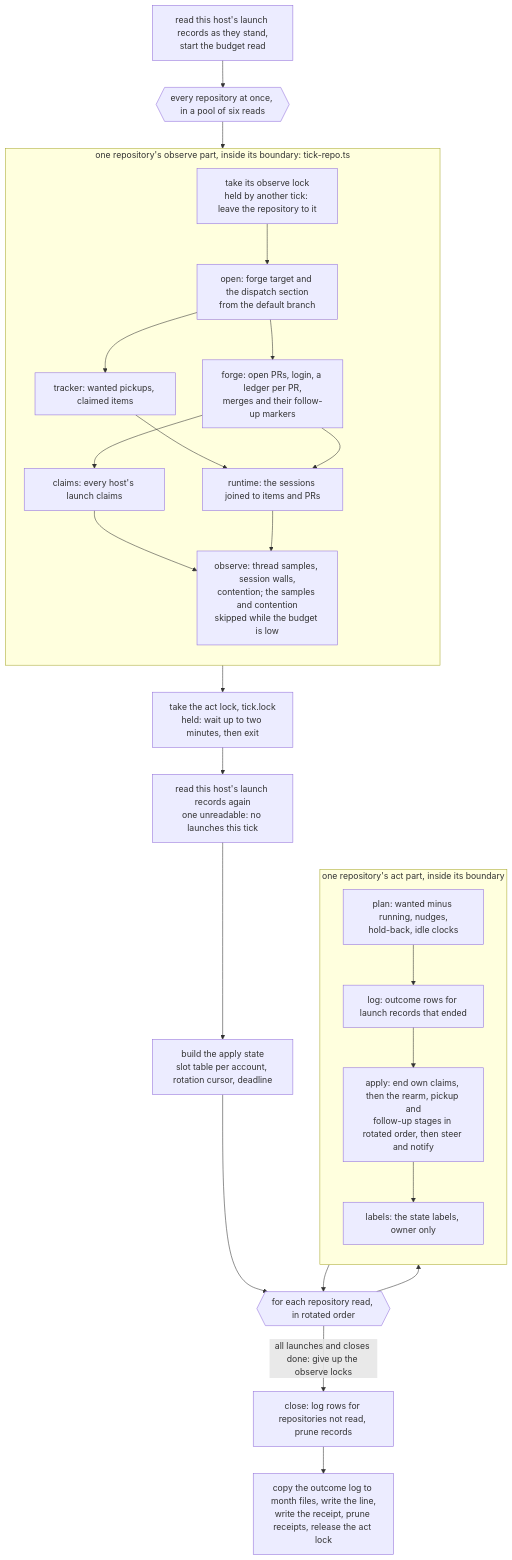
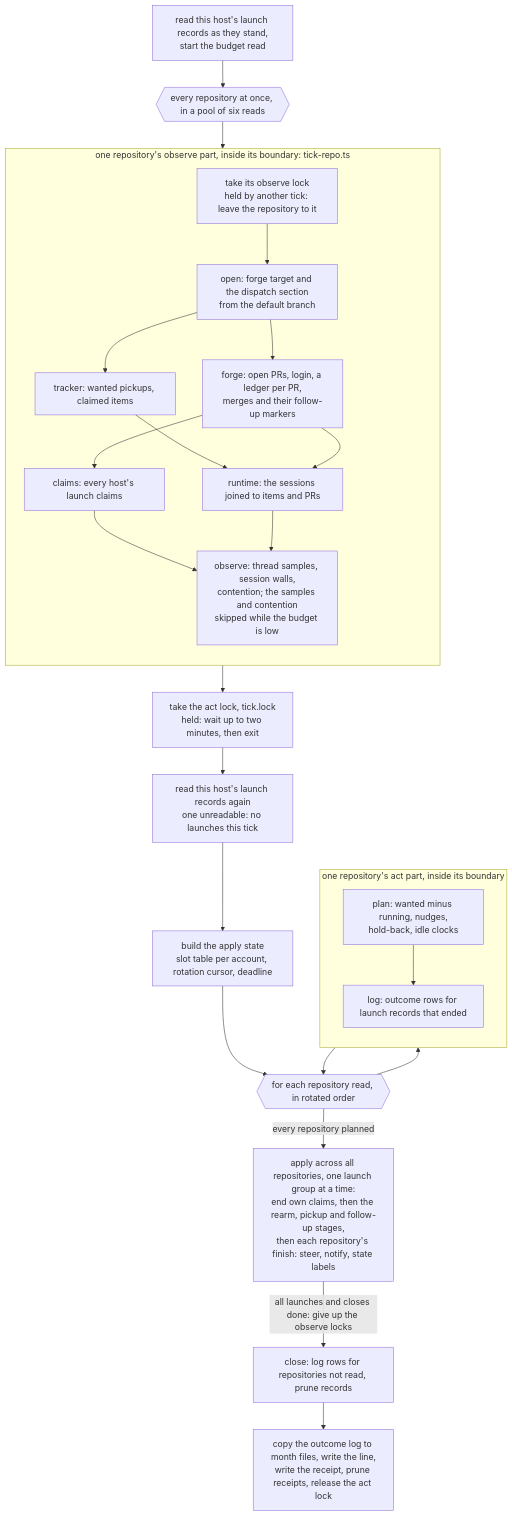
Before and after one commit to jig-harness/jig: the second of 2 diagrams in design/dark-factory-dispatch.md, drawn with Mermaid. The commit also changed other lines of this file and 6 other files, not shown here.

````diff
--- a/design/dark-factory-dispatch.md
+++ b/design/dark-factory-dispatch.md
@@ -77,35 +79,34 @@
 ```mermaid
 flowchart TD
   S0[read this host's launch records as they stand,<br/>start the budget read] --> OBS{{every repository at once, in a pool of six reads}}
   subgraph repo [one repository's observe part, inside its boundary: tick-repo.ts]
     direction TB
     OL[take its observe lock<br/>held by another tick: leave the repository to it]
     O1[open: forge target and the dispatch section<br/>from the default branch]
     O2[tracker: wanted pickups, claimed items]
     O3[forge: open PRs, login, a ledger per PR,<br/>merges and their follow-up markers]
     O3b[claims: every host's launch claims]
     O4[runtime: the sessions joined to items and PRs]
     C[observe: thread samples, session walls,<br/>contention; the samples and contention<br/>skipped while the budget is low]
     OL --> O1 --> O2 & O3
     O3 --> O3b
     O2 & O3 --> O4
     O3b & O4 --> C
   end
   OBS --> repo
   repo --> AL[take the act lock, tick.lock<br/>held: wait up to two minutes, then exit]
   AL --> R[read this host's launch records again<br/>one unreadable: no launches this tick]
   R --> A[build the apply state<br/>slot table per account, rotation cursor, deadline]
   A --> LOOP{{for each repository read, in rotated order}}
   subgraph act [one repository's act part, inside its boundary]
     direction TB
     P[plan: wanted minus running, nudges,<br/>hold-back, idle clocks]
     G[log: outcome rows for launch records that ended]
-    X[apply: end own claims, then the rearm, pickup and<br/>follow-up stages in rotated order, then steer and notify]
-    LB[labels: the state labels, owner only]
-    P --> G --> X --> LB
+    P --> G
   end
   LOOP --> act
   act --> LOOP
-  LOOP -->|all launches and closes done: give up the observe locks| CL[close: log rows for repositories not read, prune records]
+  LOOP -->|every repository planned| X[apply across all repositories, one launch group at a time:<br/>end own claims, then the rearm, pickup and follow-up stages,<br/>then each repository's finish: steer, notify, state labels]
+  X -->|all launches and closes done: give up the observe locks| CL[close: log rows for repositories not read, prune records]
   CL --> E[copy the outcome log to month files, write the line,<br/>write the receipt, prune receipts, release the act lock]
 ```
````
